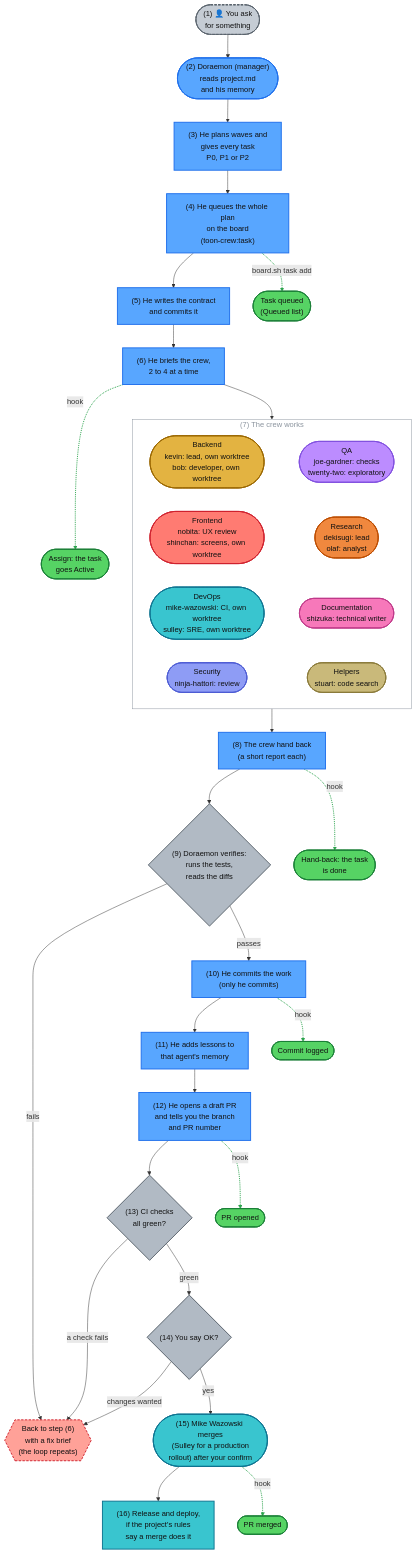
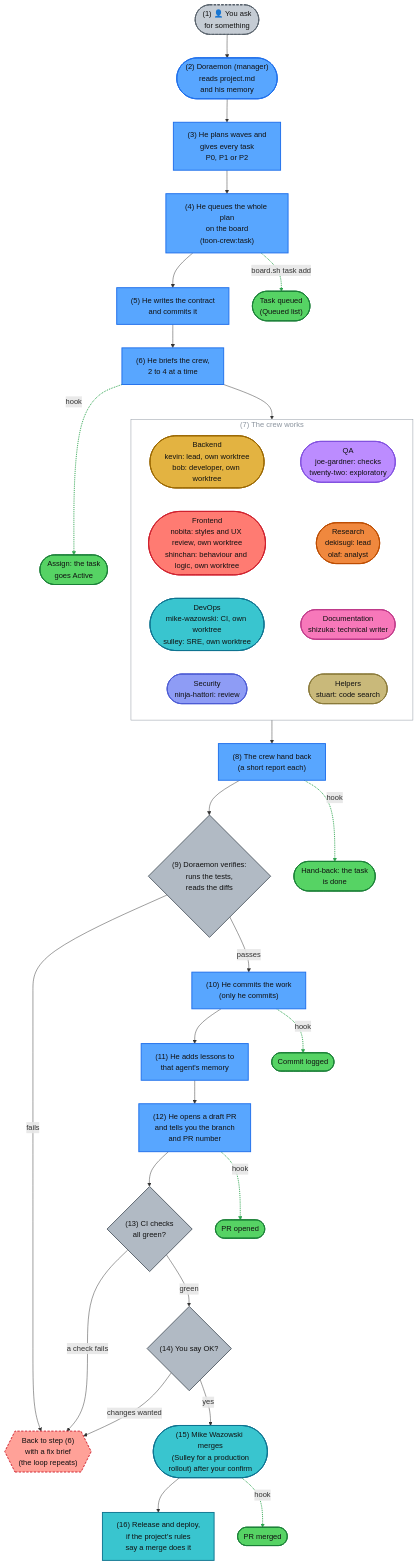
Before and after one commit to amanpatil808/claude-crew: the first of 4 diagrams in docs/how-it-works.md, drawn with Mermaid. The commit also changed other lines of this file and 9 other files, not shown here.

First line of the commit message:
toon-crew 0.3.11: Nobita builds styles; read-only roles cannot push

```diff
--- a/docs/how-it-works.md
+++ b/docs/how-it-works.md
@@ -17,7 +17,7 @@
 
     subgraph CREW["(7) The crew works"]
         BE(["Backend<br/>kevin: lead, own worktree<br/>bob: developer, own worktree"])
-        FE(["Frontend<br/>nobita: UX review<br/>shinchan: screens, own worktree"])
+        FE(["Frontend<br/>nobita: styles and UX review, own worktree<br/>shinchan: behaviour and logic, own worktree"])
         DV(["DevOps<br/>mike-wazowski: CI, own worktree<br/>sulley: SRE, own worktree"])
         SE(["Security<br/>ninja-hattori: review"])
         QA(["QA<br/>joe-gardner: checks<br/>twenty-two: exploratory"])
```
